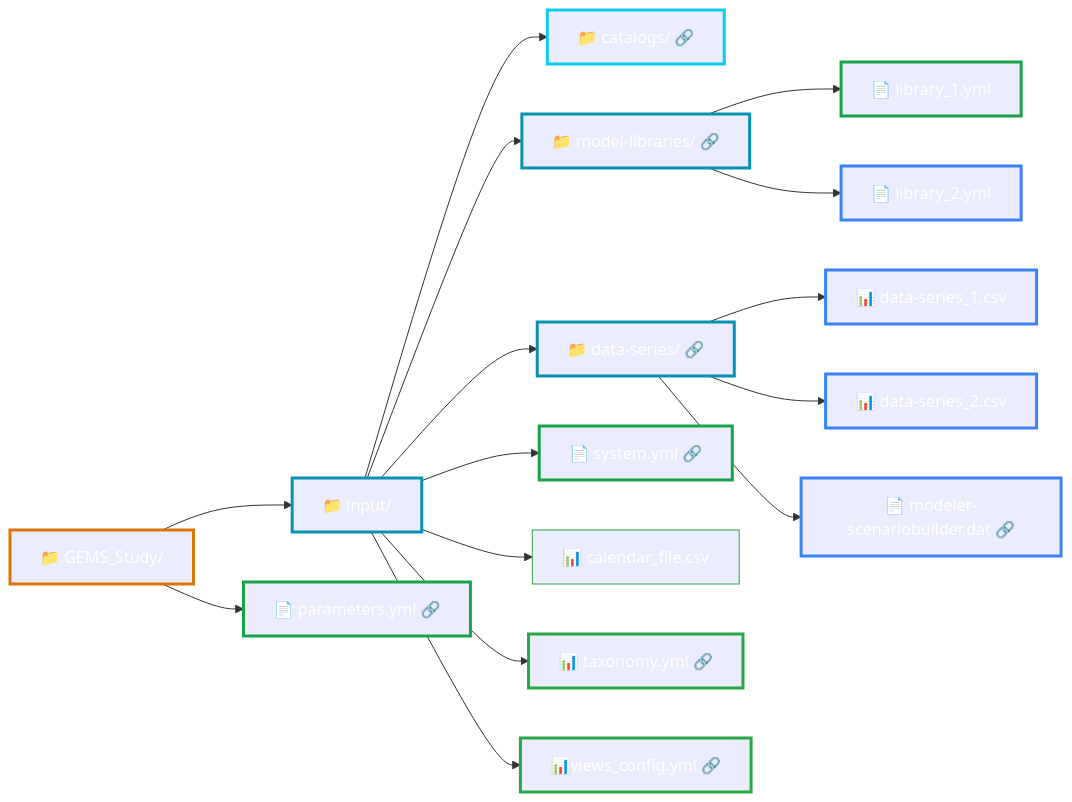
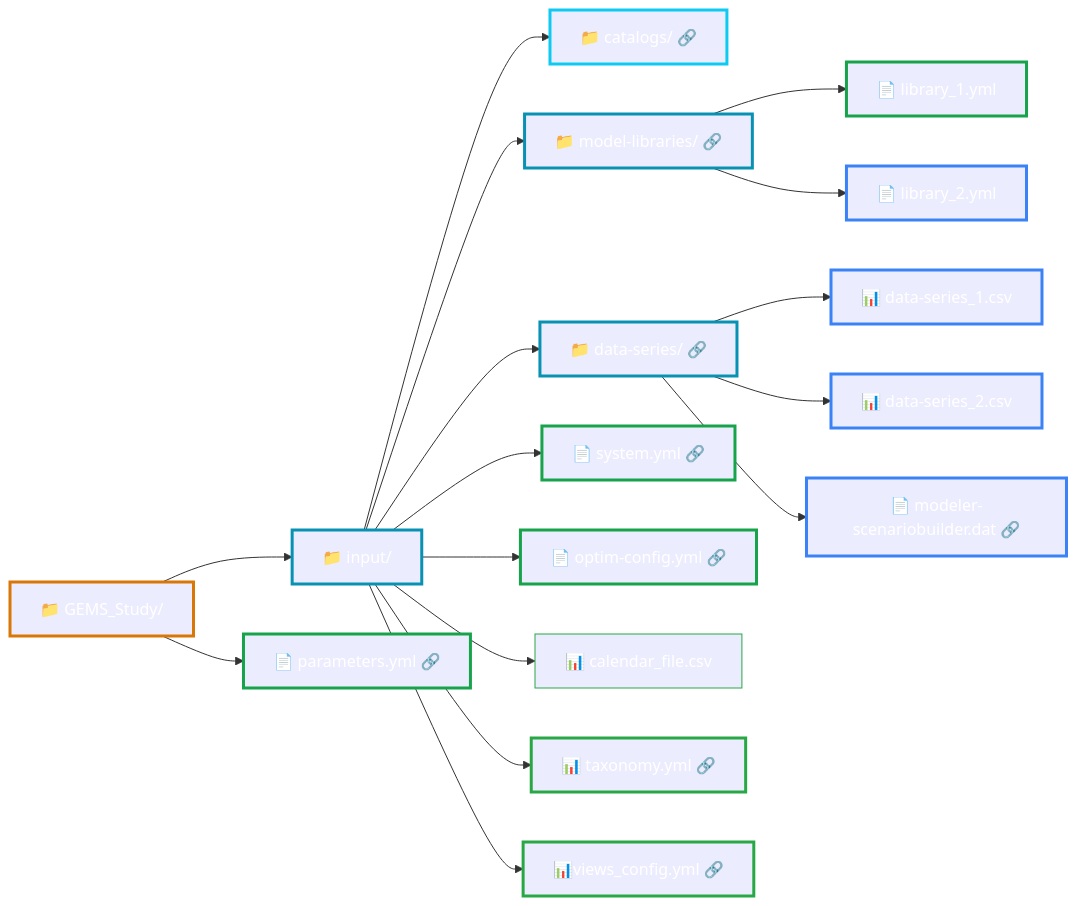
One commit to AntaresSimulatorTeam/GEMS changed the diagram in doc/user-guide/input-files/overview.md. Above: the diagram before and after it, drawn with Mermaid. The commit also changed 6 other files, not shown here.

First line of the commit message:
(PR77) docs/Add optim config yml file (#226)

````diff
--- a/doc/user-guide/input-files/overview.md
+++ b/doc/user-guide/input-files/overview.md
@@ -13,60 +13,64 @@
 ```mermaid
 flowchart LR
     Study["📁 GEMS_Study/"]
     Input["📁 input/"]
     Catalogs["📁 catalogs/ 🔗"]
     ModelLib["📁 model-libraries/ 🔗"]
     DataSeries["📁 data-series/ 🔗"]
     
     System["📄 system.yml 🔗"]
     Params["📄 parameters.yml 🔗"]
+    OptimConfig["📄 optim-config.yml 🔗"]
     Lib1["📄 library_1.yml"]
     Lib2["📄 library_2.yml"]
     Data1["📊 data-series_1.csv"]
     Data2["📊 data-series_2.csv"]
     Scenario["📄 modeler-scenariobuilder.dat 🔗"]
     Calendar["📊 calendar_file.csv"]
     Taxonomy["📊 taxonomy.yml 🔗"]
     Views_Configuration["📊views_config.yml 🔗"]
     
     Study --> Input
     Study --> Params
     Input --> ModelLib
     Input --> System
+    Input --> OptimConfig
     Input --> DataSeries
     Input --> Catalogs
     Input --> Taxonomy
     Input --> Calendar
     Input --> Views_Configuration
     ModelLib --> Lib1
     ModelLib --> Lib2
     DataSeries --> Data1
     DataSeries --> Data2
     DataSeries --> Scenario
     
     style Study stroke:#d97706,stroke-width:3px,color:#ffffff
     style Input stroke:#0891b2,stroke-width:3px,color:#ffffff
     style ModelLib stroke:#0891b2,stroke-width:3px,color:#ffffff
     style DataSeries stroke:#0891b2,stroke-width:3px,color:#ffffff
     style Catalogs stroke:#0dcaf0,stroke-width:3px,color:#ffffff
     style System stroke:#16a34a,stroke-width:3px,color:#ffffff
     style Taxonomy stroke:#28a745,stroke-width:3px,color:#ffffff
     style Views_Configuration stroke:#28a745,stroke-width:3px,color:#ffffff
     style Calendar stroke:#28a745,stroke-width:1px,color:#ffffff
     style Params stroke:#16a34a,stroke-width:3px,color:#ffffff
+    style OptimConfig stroke:#16a34a,stroke-width:3px,color:#ffffff
     style Lib1 stroke:#16a34a,stroke-width:3px,color:#ffffff
     style Lib2 stroke:#3b82f6,stroke-width:3px,color:#ffffff
     style Data1 stroke:#3b82f6,stroke-width:3px,color:#ffffff
     style Data2 stroke:#3b82f6,stroke-width:3px,color:#ffffff
     style Scenario stroke:#3b82f6,stroke-width:3px,color:#ffffff
 
     
     click ModelLib "../library/"
     click System "../system/"
+    click OptimConfig "../optimization-configuration/"
     click DataSeries "../data-series/"
     click Scenario "../scenario-builder/"
     click Params "../solver-optimization/"
     click Catalogs "../catalog/"
     click Taxonomy "../taxonomy/"
     click Views_Configuration "../views-config/"
 ```
````
